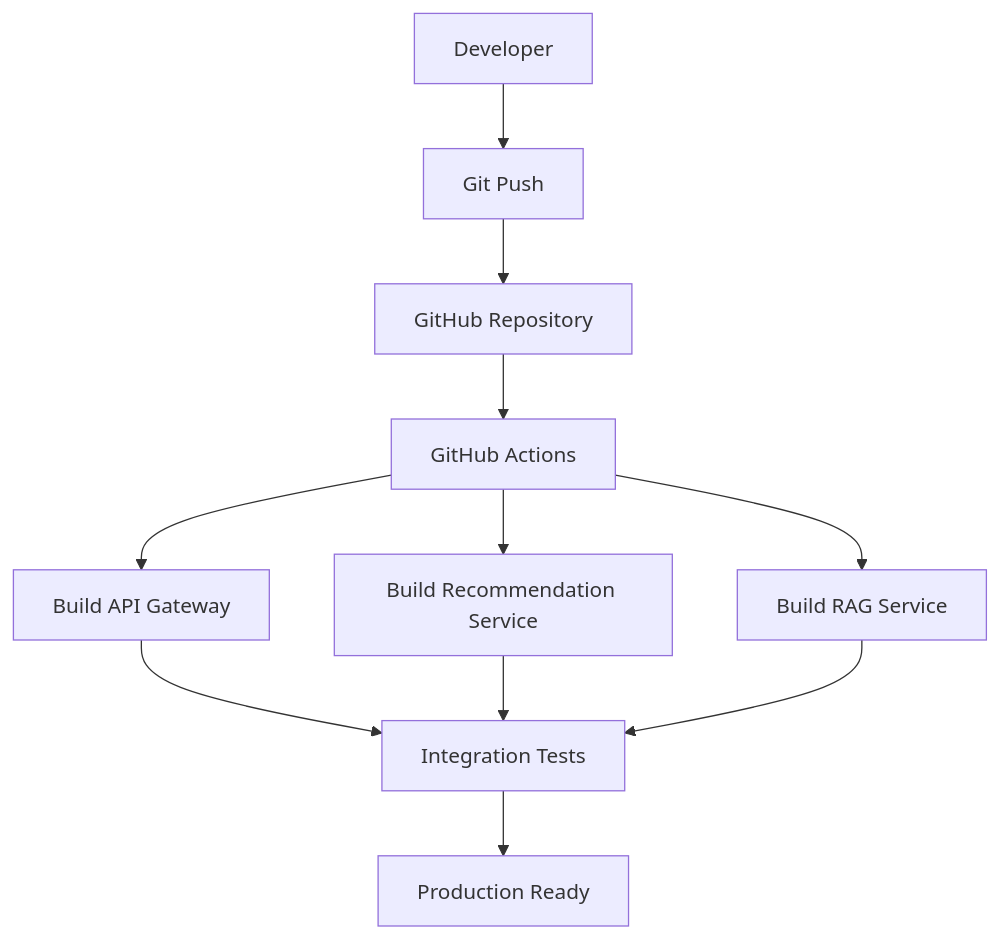
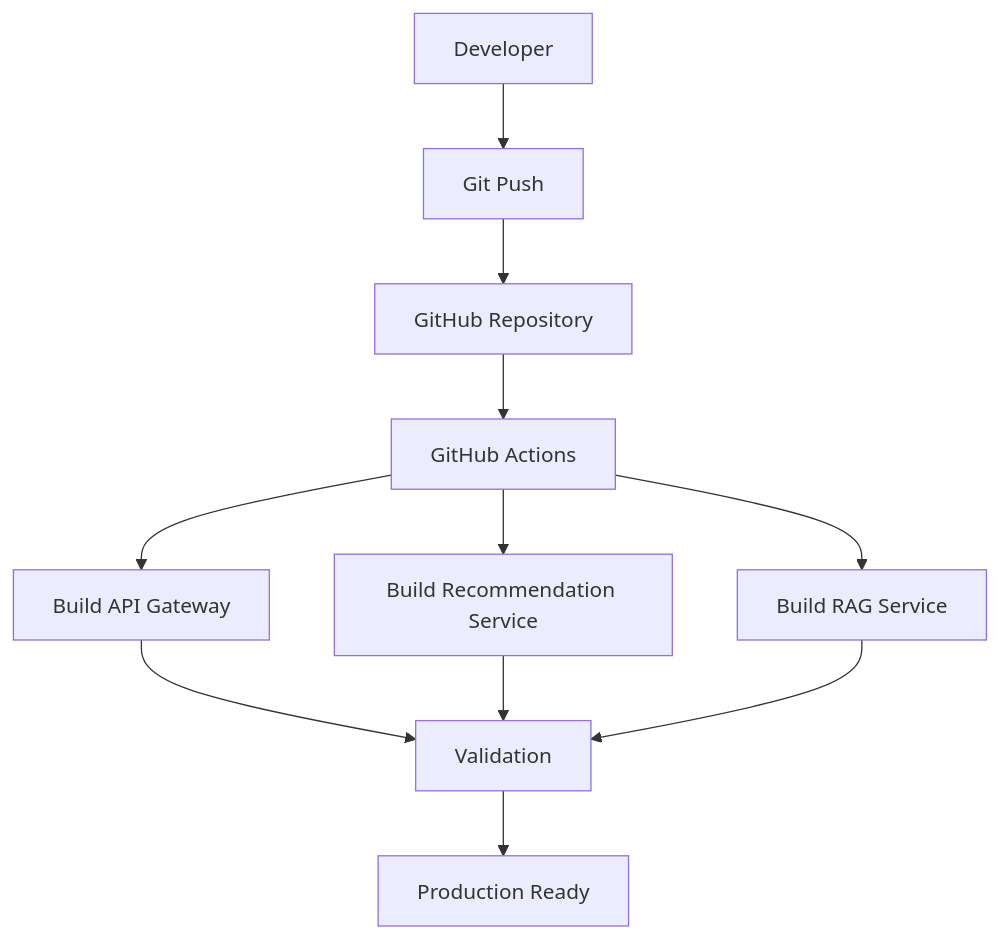
One commit to ajaysathriai-afk/cardwise-ai-platform changed the third of 4 diagrams in README.md. Above: the diagram before and after it, drawn with Mermaid. The commit also changed other lines of this file, not shown here.

````diff
--- a/README.md
+++ b/README.md
@@ -114,25 +135,25 @@
 ```mermaid
 flowchart TD
 
 A[Developer]
 
 A --> B[Git Push]
 
 B --> C[GitHub Repository]
 
 C --> D[GitHub Actions]
 
 D --> E[Build API Gateway]
 
 D --> F[Build Recommendation Service]
 
 D --> G[Build RAG Service]
 
-E --> H[Integration Tests]
+E --> H[Validation]
 
 F --> H
 
 G --> H
 
 H --> I[Production Ready]
 ```
````
